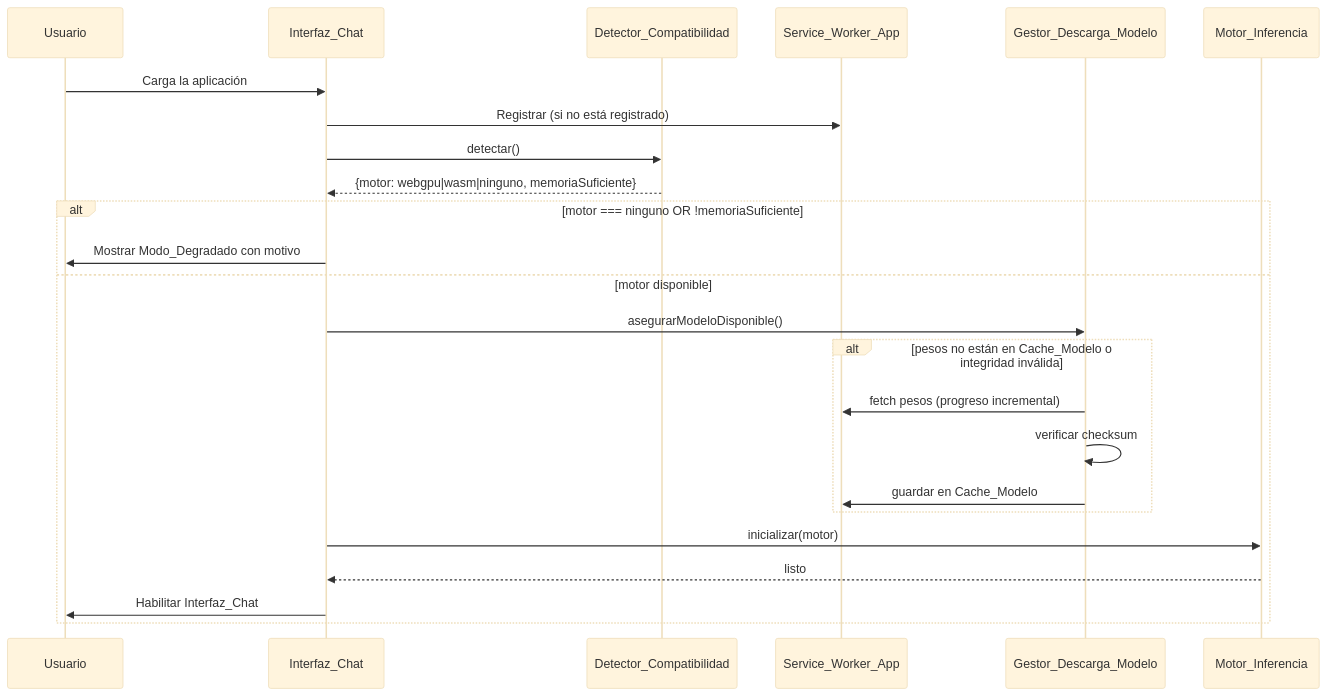
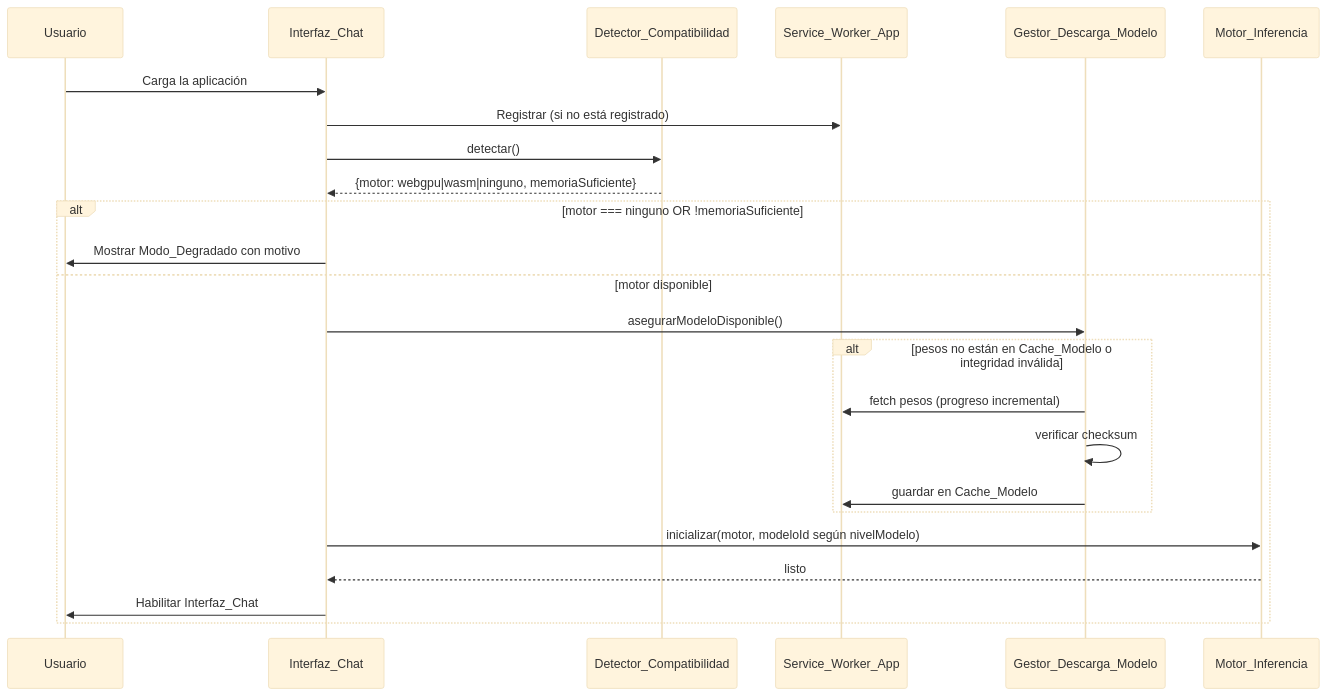
One commit to tecnohalecatez/entre-nos-ia changed the second of 2 diagrams in .kiro/specs/asistente-ia-local/design.md. Above: the diagram before and after it, drawn with Mermaid (base theme). The commit also changed other lines of this file and 23 other files, not shown here.

````diff
--- a/.kiro/specs/asistente-ia-local/design.md
+++ b/.kiro/specs/asistente-ia-local/design.md
@@ -89,27 +89,27 @@
 ```mermaid
 sequenceDiagram
     participant U as Usuario
     participant App as Interfaz_Chat
     participant DC as Detector_Compatibilidad
     participant SW as Service_Worker_App
     participant GDM as Gestor_Descarga_Modelo
     participant MI as Motor_Inferencia
 
     U->>App: Carga la aplicación
     App->>SW: Registrar (si no está registrado)
     App->>DC: detectar()
     DC-->>App: {motor: webgpu|wasm|ninguno, memoriaSuficiente}
     alt motor === ninguno OR !memoriaSuficiente
         App->>U: Mostrar Modo_Degradado con motivo
     else motor disponible
         App->>GDM: asegurarModeloDisponible()
         alt pesos no están en Cache_Modelo o integridad inválida
             GDM->>SW: fetch pesos (progreso incremental)
             GDM->>GDM: verificar checksum
             GDM->>SW: guardar en Cache_Modelo
         end
-        App->>MI: inicializar(motor)
+        App->>MI: inicializar(motor, modeloId según nivelModelo)
         MI-->>App: listo
         App->>U: Habilitar Interfaz_Chat
     end
 ```
````
